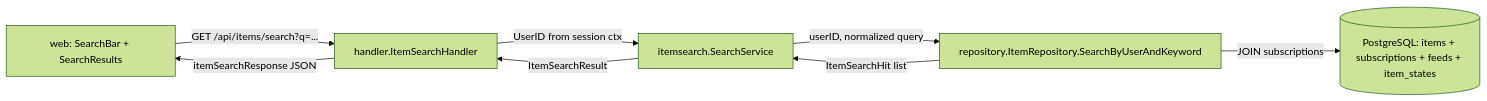
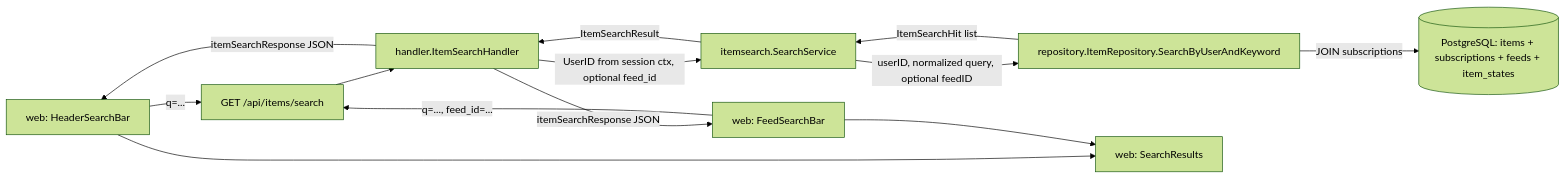
One commit to hitoshiichikawa/feedman changed the first of 2 diagrams in docs/specs/120-/design.md. Above: the diagram before and after it, drawn with Mermaid (forest theme). The commit also changed other lines of this file and 2 other files, not shown here.

````diff
--- a/docs/specs/120-/design.md
+++ b/docs/specs/120-/design.md
@@ -77,10 +85,15 @@
 ```mermaid
 flowchart LR
-    UI[web: SearchBar + SearchResults] -->|GET /api/items/search?q=...| HND[handler.ItemSearchHandler]
-    HND -->|UserID from session ctx| SVC[itemsearch.SearchService]
-    SVC -->|userID, normalized query| REPO[repository.ItemRepository.SearchByUserAndKeyword]
+    UIH[web: HeaderSearchBar] -->|q=...| API
+    UIF[web: FeedSearchBar] -->|q=..., feed_id=...| API
+    API[GET /api/items/search] --> HND[handler.ItemSearchHandler]
+    HND -->|UserID from session ctx, optional feed_id| SVC[itemsearch.SearchService]
+    SVC -->|userID, normalized query, optional feedID| REPO[repository.ItemRepository.SearchByUserAndKeyword]
     REPO -->|JOIN subscriptions| DB[(PostgreSQL: items + subscriptions + feeds + item_states)]
     REPO -->|ItemSearchHit list| SVC
     SVC -->|ItemSearchResult| HND
-    HND -->|itemSearchResponse JSON| UI
+    HND -->|itemSearchResponse JSON| UIH
+    HND -->|itemSearchResponse JSON| UIF
+    UIH --> SR[web: SearchResults]
+    UIF --> SR
 ```
````
